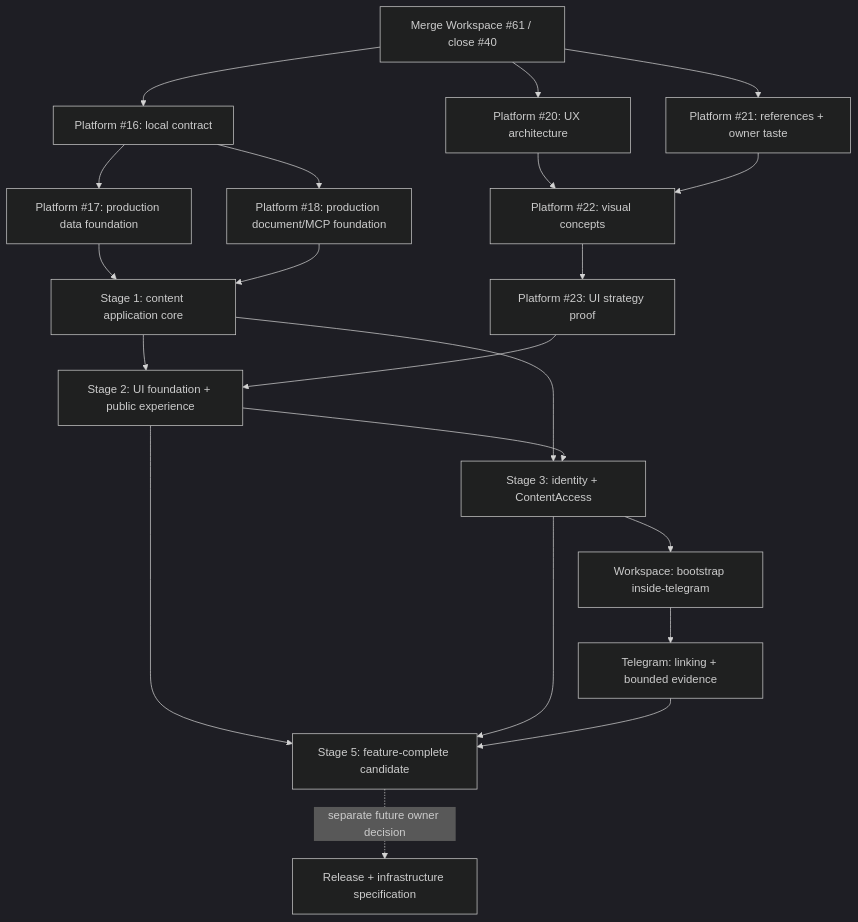
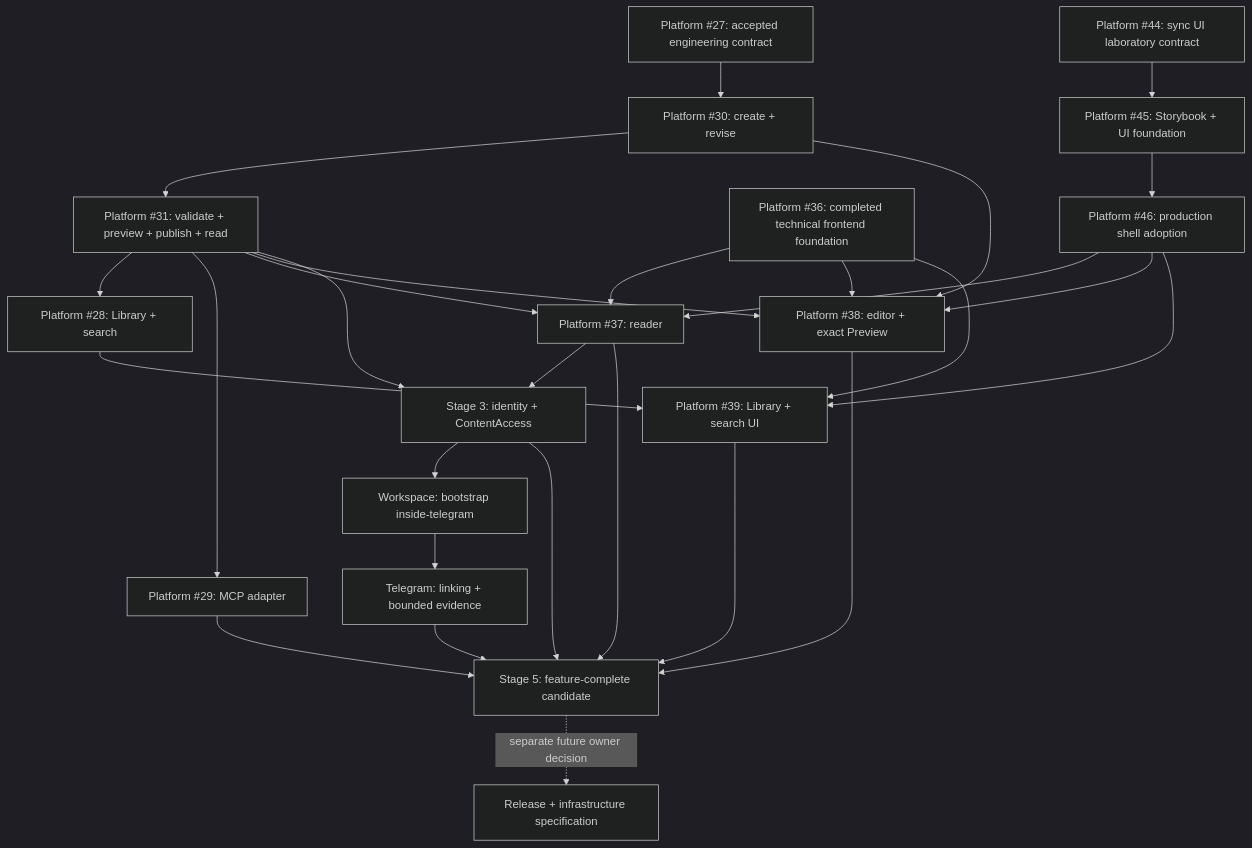
One commit to sachkov-inside/workspace changed the second of 2 diagrams in docs/specifications/platform-v1.md. Above: the diagram before and after it, drawn with Mermaid (dark theme). The commit also changed other lines of this file, not shown here.

First line of the commit message:
Docs: sync Platform v1 delivery graph (#62)

````diff
--- a/docs/specifications/platform-v1.md
+++ b/docs/specifications/platform-v1.md
@@ -486,23 +516,34 @@
 ```mermaid
 flowchart TD
-    M[Merge Workspace #61 / close #40] --> C[Platform #16: local contract]
-    M --> UX[Platform #20: UX architecture]
-    M --> REF[Platform #21: references + owner taste]
-    C --> DATA[Platform #17: production data foundation]
-    C --> DOC[Platform #18: production document/MCP foundation]
-    DATA --> S1[Stage 1: content application core]
-    DOC --> S1
-    UX --> CONCEPT[Platform #22: visual concepts]
-    REF --> CONCEPT
-    CONCEPT --> UIP[Platform #23: UI strategy proof]
-    S1 --> S2[Stage 2: UI foundation + public experience]
-    UIP --> S2
-    S1 --> S3
-    S2 --> S3[Stage 3: identity + ContentAccess]
+    E[Platform #27: accepted engineering contract] --> DRAFT[Platform #30: create + revise]
+    DRAFT --> LIFE[Platform #31: validate + preview + publish + read]
+    LIFE --> LIB[Platform #28: Library + search]
+    LIFE --> MCP[Platform #29: MCP adapter]
+
+    F[Platform #36: completed technical frontend foundation] --> READER[Platform #37: reader]
+    F --> EDITOR[Platform #38: editor + exact Preview]
+    F --> DISCOVERY[Platform #39: Library + search UI]
+
+    SYNC[Platform #44: sync UI laboratory contract] --> LAB[Platform #45: Storybook + UI foundation]
+    LAB --> SHELL[Platform #46: production shell adoption]
+    SHELL --> READER
+    SHELL --> EDITOR
+    SHELL --> DISCOVERY
+
+    LIFE --> READER
+    DRAFT --> EDITOR
+    LIFE --> EDITOR
+    LIB --> DISCOVERY
+
+    LIFE --> S3[Stage 3: identity + ContentAccess]
+    READER --> S3
     S3 --> B[Workspace: bootstrap inside-telegram]
     B --> T[Telegram: linking + bounded evidence]
-    S2 --> S5[Stage 5: feature-complete candidate]
+    READER --> S5[Stage 5: feature-complete candidate]
+    EDITOR --> S5
+    DISCOVERY --> S5
+    MCP --> S5
     S3 --> S5
     T --> S5
     S5 -. separate future owner decision .-> R[Release + infrastructure specification]
 ```
````
